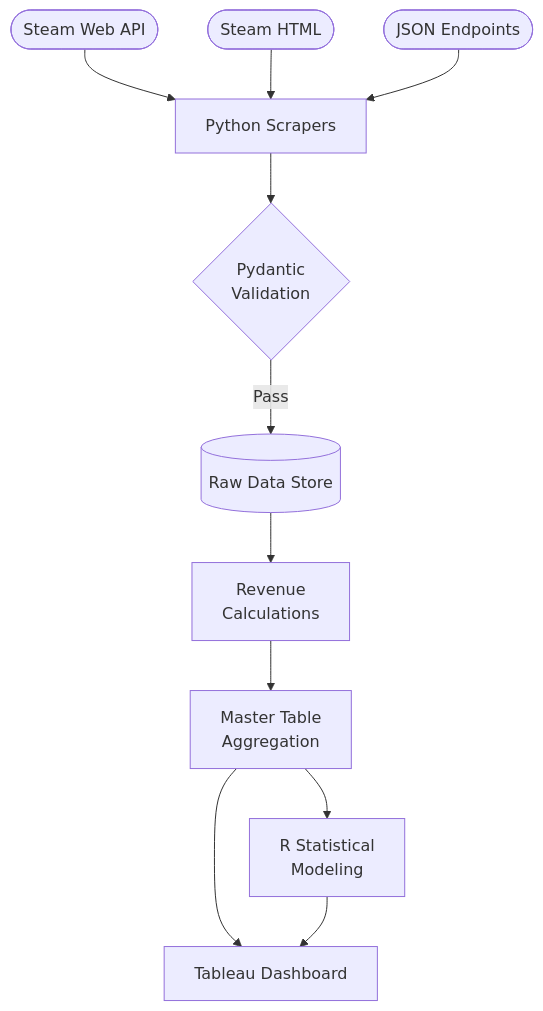
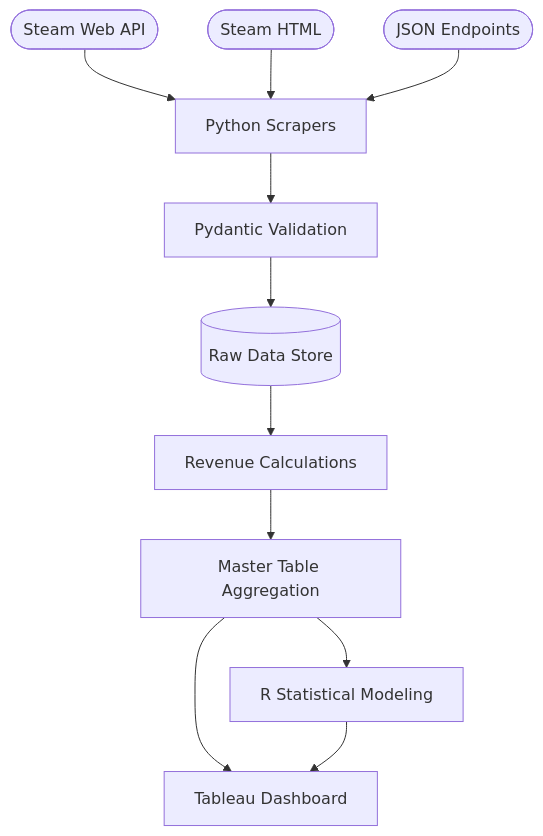
The diagram in README.md (abeyer19/Steam-Analytics-Dashboard), drawn with Mermaid before and after one commit.

Commit message:
Refactor mermaid diagram in README.md

````diff
--- a/README.md
+++ b/README.md
@@ -19,24 +19,24 @@
 ```mermaid
 graph TD
+    %% Node Definitions
     A([Steam Web API])
     B([Steam HTML])
     C([JSON Endpoints])
-
     D[Python Scrapers]
-    E{Pydantic<br/>Validation}
-
+    E[Pydantic Validation]
     F[(Raw Data Store)]
-
-    G[Revenue<br/>Calculations]
-    H[Master Table<br/>Aggregation]
-
-    I[R Statistical<br/>Modeling]
+    G[Revenue Calculations]
+    H[Master Table Aggregation]
+    I[R Statistical Modeling]
     J[Tableau Dashboard]
 
+    %% Connections
     A & B & C --> D
     D --> E
-    E -- Pass --> F
-    F --> G --> H
-    H --> I & J
+    E --> F
+    F --> G
+    G --> H
+    H --> I
+    H --> J
     I --> J
 ```
````
